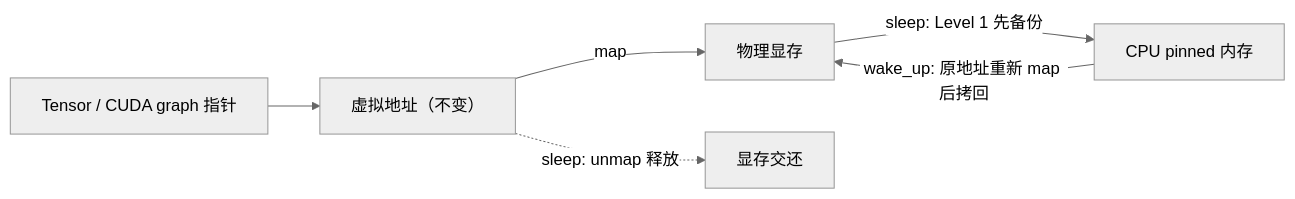
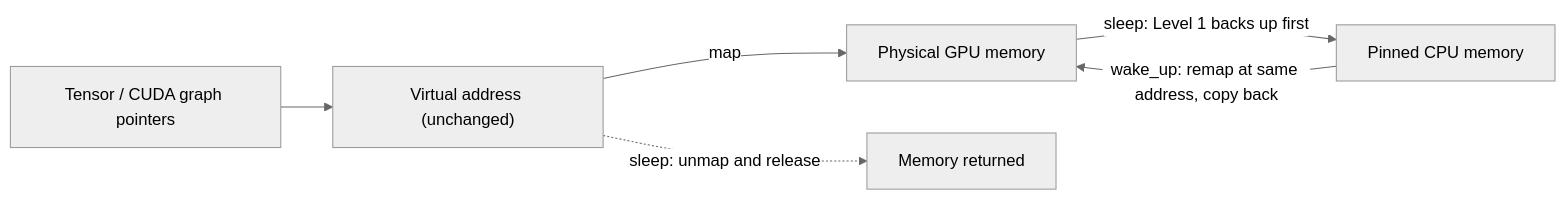
Before and after one commit to lxy-alexander/VoidIndex: the diagram in src/content/posts/vllm-sleep-mode.md, drawn with Mermaid (neutral theme). The commit also changed other lines of this file, not shown here.

Commit message:
Translate vLLM Sleep Mode note to English

````diff
--- a/src/content/posts/vllm-sleep-mode.md
+++ b/src/content/posts/vllm-sleep-mode.md
@@ -39,8 +39,8 @@
 ```mermaid
 flowchart LR
-  T["Tensor / CUDA graph 指针"] --> V["虚拟地址（不变）"]
-  V -- map --> P["物理显存"]
-  P -- "sleep: Level 1 先备份" --> C["CPU pinned 内存"]
-  V -. "sleep: unmap 释放" .-> X["显存交还"]
-  C -- "wake_up: 原地址重新 map 后拷回" --> P
+  T["Tensor / CUDA graph pointers"] --> V["Virtual address (unchanged)"]
+  V -- map --> P["Physical GPU memory"]
+  P -- "sleep: Level 1 backs up first" --> C["Pinned CPU memory"]
+  V -. "sleep: unmap and release" .-> X["Memory returned"]
+  C -- "wake_up: remap at same address, copy back" --> P
 ```
````
